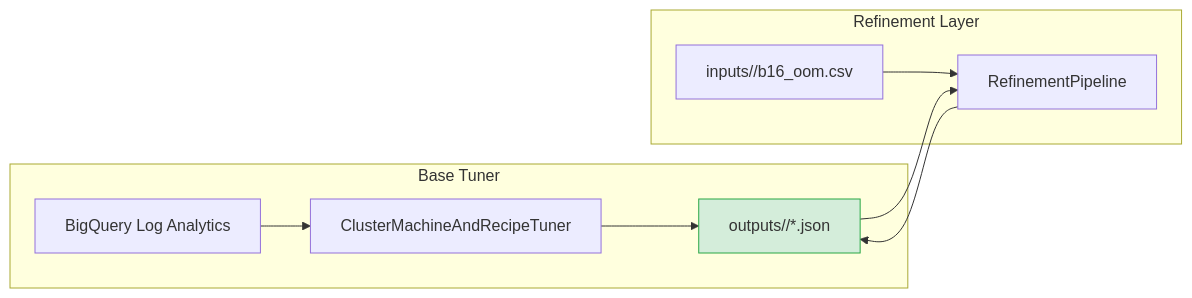
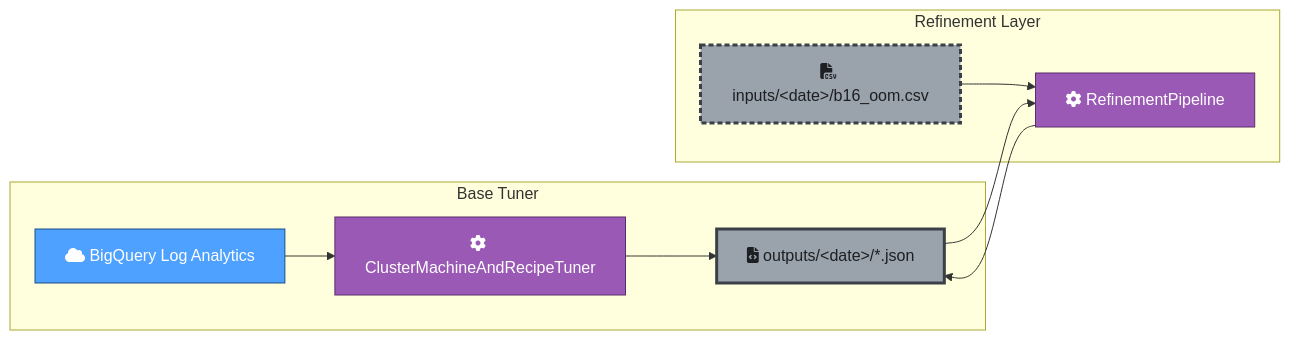
The first of 3 diagrams in src/main/scala/com/db/serna/orchestration/cluster_tuning/single/refinement/_REFINEMENT.md (albertols/spark-cluster-job-tuner), drawn with Mermaid before and after one commit. The commit also changed other lines of this file and 29 other files, not shown here.

````diff
--- a/src/main/scala/com/db/serna/orchestration/cluster_tuning/single/refinement/_REFINEMENT.md
+++ b/src/main/scala/com/db/serna/orchestration/cluster_tuning/single/refinement/_REFINEMENT.md
@@ -9,15 +9,26 @@
 ```mermaid
 flowchart LR
-    subgraph "Base Tuner"
-        A[BigQuery Log Analytics] --> B[ClusterMachineAndRecipeTuner]
-        B --> C["outputs/<date>/*.json"]
-    end
+  classDef document fill:#9aa2ab,stroke:#3a4046,color:#1d1f23
+  classDef process  fill:#9b59b6,stroke:#5a2d6e,color:#fff
+  classDef cloud    fill:#4ea1ff,stroke:#1a4f8a,color:#fff
+  classDef inputBoundary  stroke-width:3px,stroke-dasharray:5 3
+  classDef outputBoundary stroke-width:3px
 
-    subgraph "Refinement Layer"
-        D["inputs/<date>/b16_oom.csv"] --> E[RefinementPipeline]
-        C --> E
-        E --> C
-    end
+  subgraph BASE ["Base Tuner"]
+    A[fa:fa-cloud BigQuery Log Analytics]:::cloud
+    B[fa:fa-cog ClusterMachineAndRecipeTuner]:::process
+    C[fa:fa-file-code outputs/&lt;date&gt;/*.json]:::document
+  end
 
-    style C fill:#d4edda,stroke:#28a745
+  subgraph REF ["Refinement Layer"]
+    D[fa:fa-file-csv inputs/&lt;date&gt;/b16_oom.csv]:::document
+    E[fa:fa-cog RefinementPipeline]:::process
+  end
+
+  A --> B --> C
+  D --> E
+  C --> E
+  E --> C
+  class D inputBoundary
+  class C outputBoundary
 ```
````
